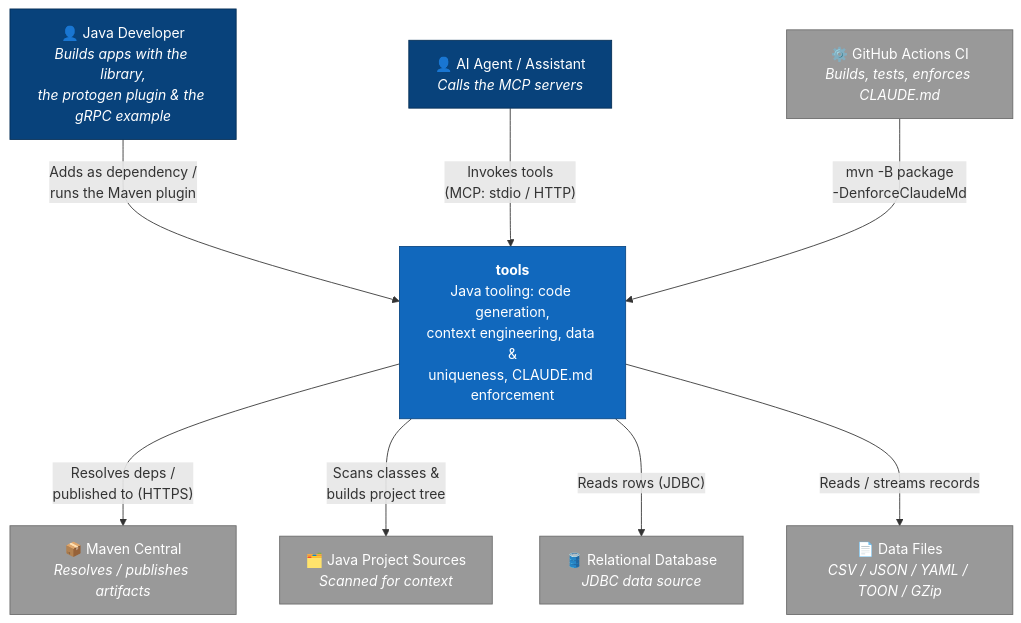
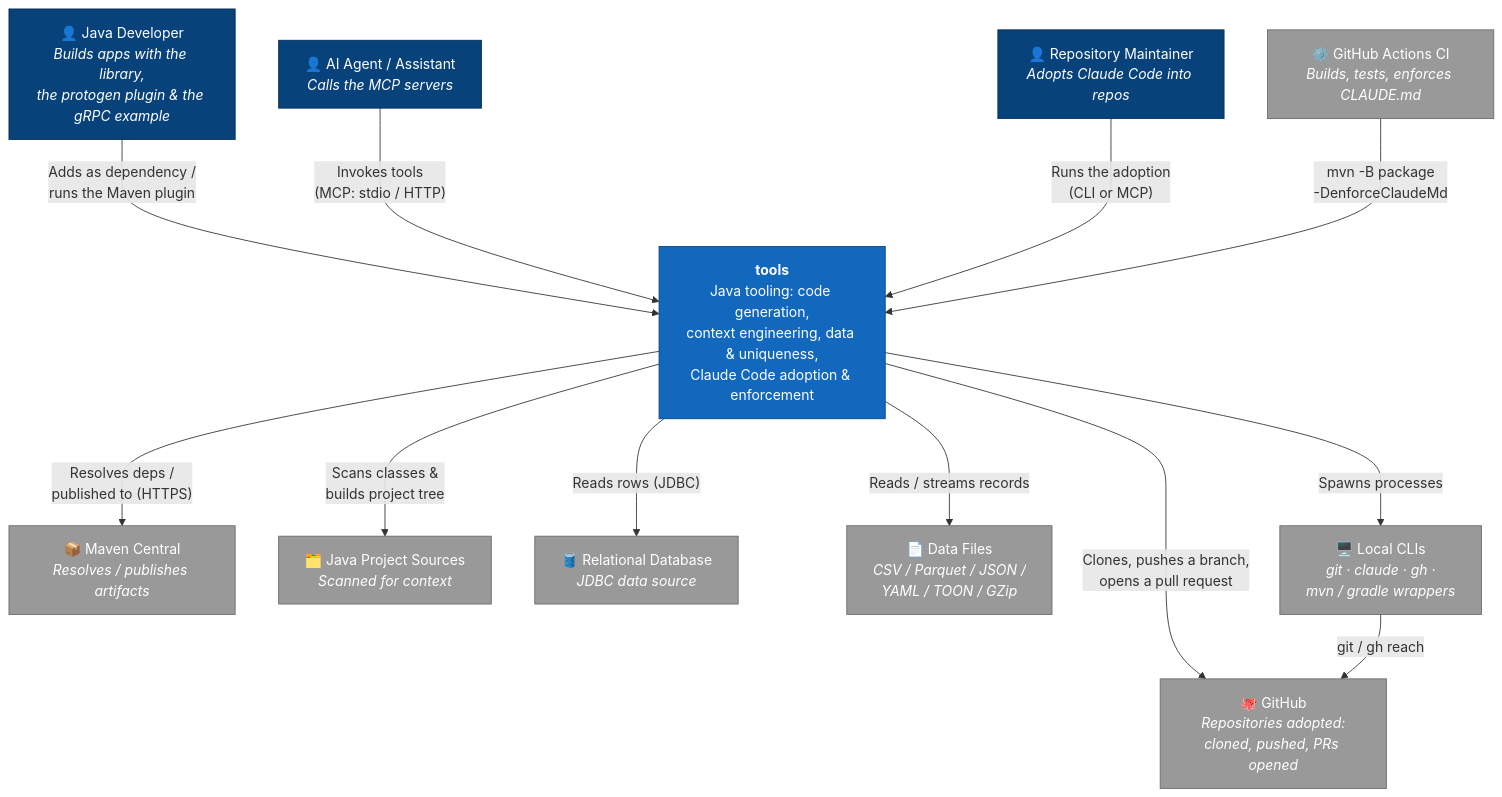
Before and after one commit to adamw7/tools: the first of 10 diagrams in docs/c4-architecture.md, drawn with Mermaid. The commit also changed other lines of this file and 2 other files, not shown here.

````diff
--- a/docs/c4-architecture.md
+++ b/docs/c4-architecture.md
@@ -29,31 +43,38 @@
 ```mermaid
 flowchart TB
-    dev["👤 Java Developer<br/><i>Builds apps with the library,<br/>the protogen plugin & the gRPC example</i>"]
+    dev["👤 Java Developer<br/><i>Builds apps with the library,<br/>the protogen plugin &amp; the gRPC example</i>"]
     agent["👤 AI Agent / Assistant<br/><i>Calls the MCP servers</i>"]
+    maintainer["👤 Repository Maintainer<br/><i>Adopts Claude Code into repos</i>"]
 
     subgraph sys [" "]
-        tools["<b>tools</b><br/>Java tooling: code generation,<br/>context engineering, data &amp;<br/>uniqueness, CLAUDE.md enforcement"]
+        tools["<b>tools</b><br/>Java tooling: code generation,<br/>context engineering, data &amp; uniqueness,<br/>Claude Code adoption &amp; enforcement"]
     end
 
     mavenCentral["📦 Maven Central<br/><i>Resolves / publishes artifacts</i>"]
     projectSrc["🗂️ Java Project Sources<br/><i>Scanned for context</i>"]
     db["🛢️ Relational Database<br/><i>JDBC data source</i>"]
-    files["📄 Data Files<br/><i>CSV / JSON / YAML / TOON / GZip</i>"]
+    files["📄 Data Files<br/><i>CSV / Parquet / JSON /<br/>YAML / TOON / GZip</i>"]
+    github["🐙 GitHub<br/><i>Repositories adopted:<br/>cloned, pushed, PRs opened</i>"]
+    cli["🖥️ Local CLIs<br/><i>git · claude · gh ·<br/>mvn / gradle wrappers</i>"]
     ci["⚙️ GitHub Actions CI<br/><i>Builds, tests, enforces CLAUDE.md</i>"]
 
     dev -->|"Adds as dependency /<br/>runs the Maven plugin"| tools
     agent -->|"Invokes tools<br/>(MCP: stdio / HTTP)"| tools
+    maintainer -->|"Runs the adoption<br/>(CLI or MCP)"| tools
     tools -->|"Resolves deps /<br/>published to (HTTPS)"| mavenCentral
     tools -->|"Scans classes &amp;<br/>builds project tree"| projectSrc
     tools -->|"Reads rows (JDBC)"| db
     tools -->|"Reads / streams records"| files
+    tools -->|"Clones, pushes a branch,<br/>opens a pull request"| github
+    tools -->|"Spawns processes"| cli
+    cli -->|"git / gh reach"| github
     ci -->|"mvn -B package<br/>-DenforceClaudeMd"| tools
 
     classDef person fill:#08427b,stroke:#052e56,color:#fff
     classDef system fill:#1168bd,stroke:#0b4884,color:#fff
     classDef ext fill:#999999,stroke:#6b6b6b,color:#fff
-    class dev,agent person
+    class dev,agent,maintainer person
     class tools system
-    class mavenCentral,projectSrc,db,files,ci ext
+    class mavenCentral,projectSrc,db,files,github,cli,ci ext
     style sys fill:none,stroke:none
 ```
````
